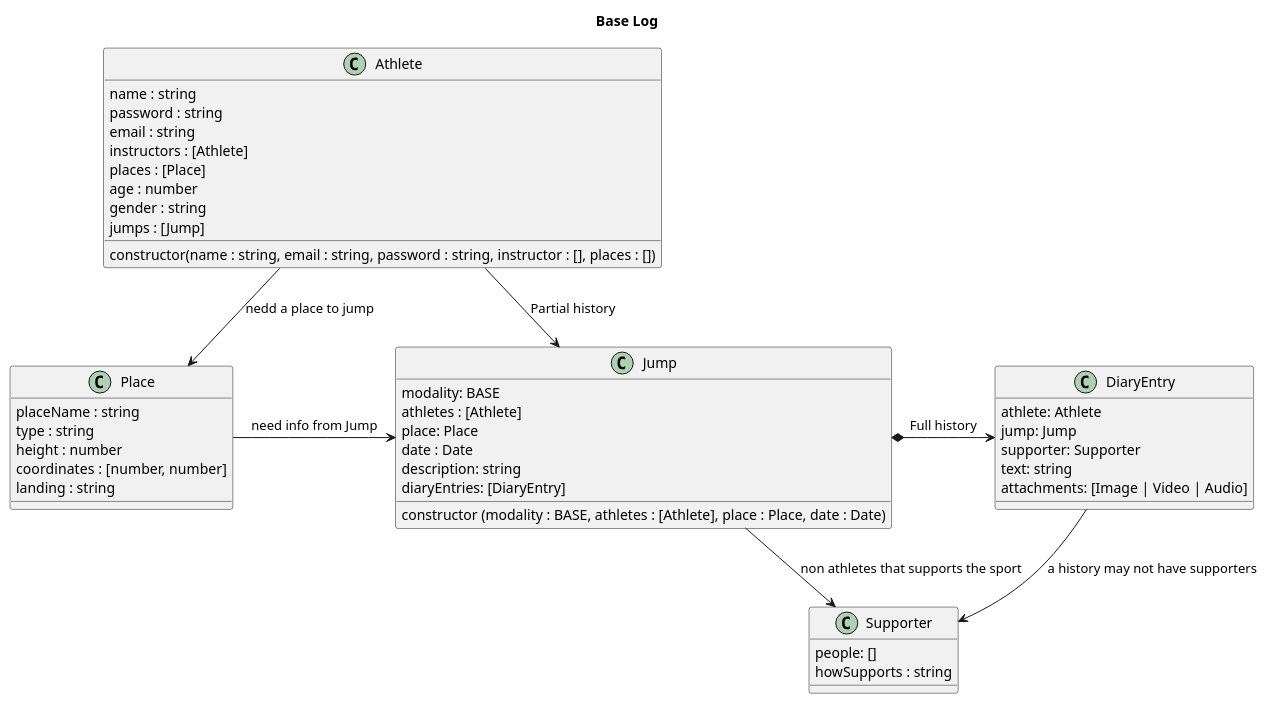
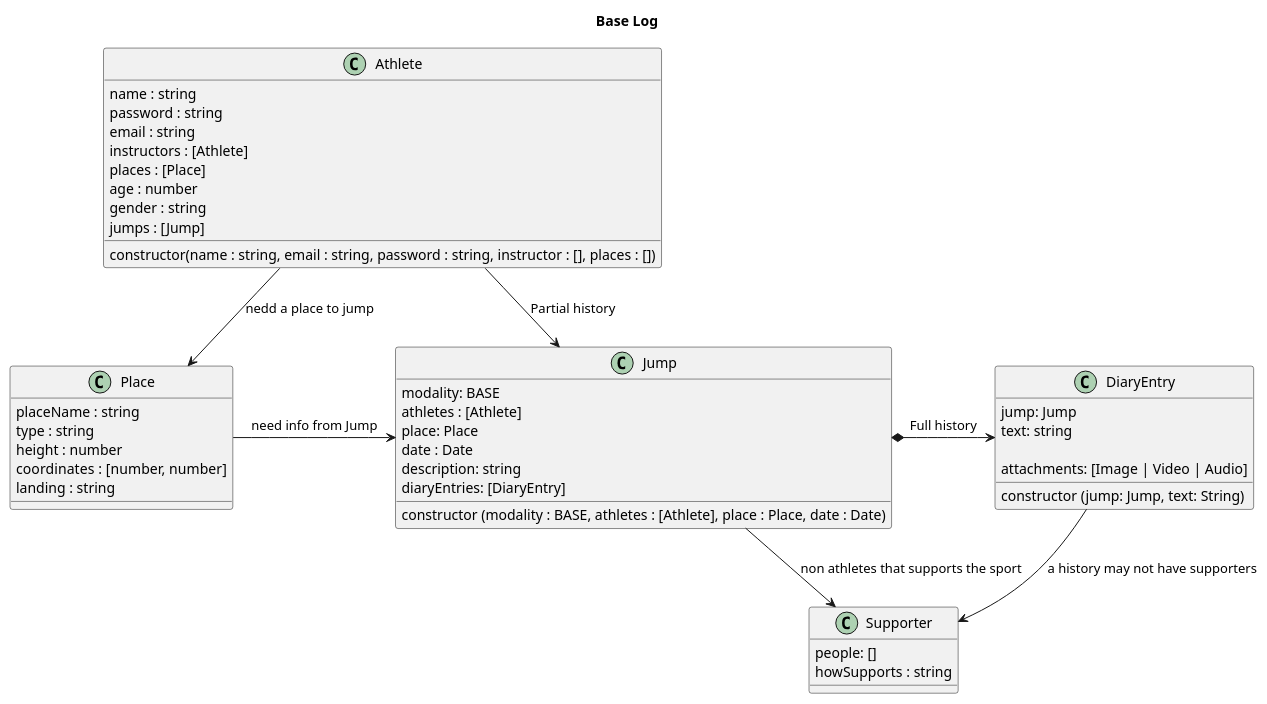
The diagram in architecture/class.puml (discombobulateme/webdoc), drawn with PlantUML before and after one commit.

Commit message:
Change logic for DiaryEntry class

```diff
--- a/architecture/class.puml
+++ b/architecture/class.puml
@@ -1,67 +1,68 @@
 @startuml Base Log
 Title Base Log
 
 class Athlete {
 name : string
 password : string
 email : string
 instructors : [Athlete]
 places : [Place]
 age : number
 gender : string
 jumps : [Jump]
 
 constructor(name : string, email : string, password : string, instructor : [], places : [])
 }
 
 class Jump {
 ' addJump(Jump)
 ' Verify: if that place exists
 ' Verify: if you are linked in date and place with a Jump
 modality: BASE
 athletes : [Athlete]
 place: Place
 date : Date
 ' this is a sinopse
 description: string
 diaryEntries: [DiaryEntry]
 
 constructor (modality : BASE, athletes : [Athlete], place : Place, date : Date)
 }
 
 class DiaryEntry {
-  athlete: Athlete
-  jump: Jump
-  supporter: Supporter
-  ' this is the full history text
-  text: string
-  attachments: [Image | Video | Audio]
+jump: Jump
+' this is the full history text
+text: string
+
+attachments: [Image | Video | Audio]
+
+constructor (jump: Jump, text: String)
 }
 
 class Place {
 placeName : string
 type : string
 height : number
 coordinates : [number, number]
 landing : string
 }
 
 'non Athletes that supports the sport
 class Supporter {
 people: []
 howSupports : string
 }
 
 ' Head *- Hand : composition
 ' Parent o-- IndependentChild : agregation
 ' Need --> Use : association
 
 Athlete --> Place : nedd a place to jump
 Athlete -> Jump : Partial history
 
 Place -> Jump : need info from Jump
 Jump *-> DiaryEntry : Full history
 Jump --> Supporter : non athletes that supports the sport
 DiaryEntry --> Supporter : a history may not have supporters
 
 @enduml
```
